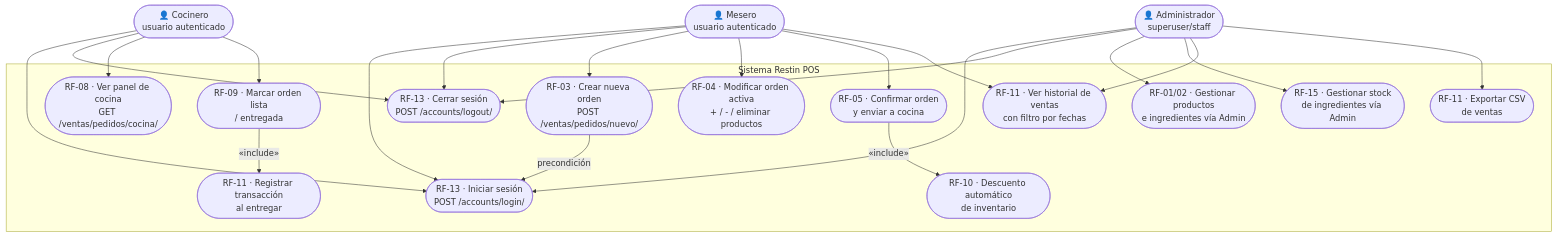
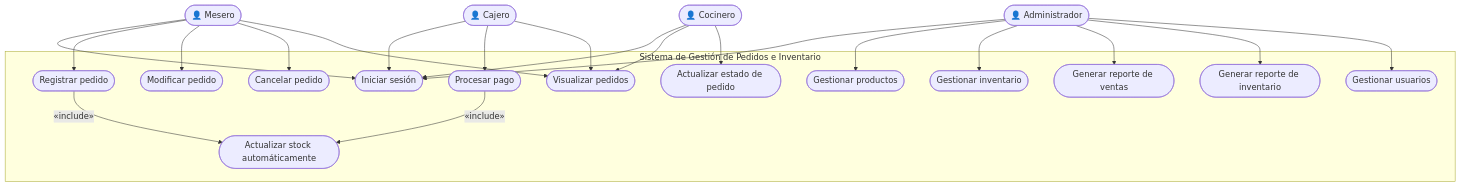
One commit to acmazoh/Gestion_pedidos_inventario changed the diagram in docs/diagramas/diagrama_casos_uso.md. Above: the diagram before and after it, drawn with Mermaid. The commit also changed other lines of this file and 80 other files, not shown here.

````diff
--- a/docs/diagramas/diagrama_casos_uso.md
+++ b/docs/diagramas/diagrama_casos_uso.md
@@ -21,45 +16,47 @@
 ```mermaid
 flowchart TD
-    Admin([👤 Administrador\nsuperuser/staff])
-    Mesero([👤 Mesero\nusuario autenticado])
-    Cocinero([👤 Cocinero\nusuario autenticado])
+    Admin([👤 Administrador])
+    Mesero([👤 Mesero])
+    Cajero([👤 Cajero])
+    Cocinero([👤 Cocinero])
 
-    subgraph Sistema["Sistema Restin POS"]
-        UC1([RF-13 · Iniciar sesión\nPOST /accounts/login/])
-        UC2([RF-13 · Cerrar sesión\nPOST /accounts/logout/])
-        UC3([RF-03 · Crear nueva orden\nPOST /ventas/pedidos/nuevo/])
-        UC4([RF-04 · Modificar orden activa\n+ / - / eliminar productos])
-        UC5([RF-05 · Confirmar orden\ny enviar a cocina])
-        UC6([RF-08 · Ver panel de cocina\nGET /ventas/pedidos/cocina/])
-        UC7([RF-09 · Marcar orden lista\n/ entregada])
-        UC8([RF-10 · Descuento automático\nde inventario])
-        UC9([RF-11 · Registrar transacción\nal entregar])
-        UC10([RF-11 · Ver historial de ventas\ncon filtro por fechas])
-        UC11([RF-11 · Exportar CSV\nde ventas])
-        UC12([RF-01/02 · Gestionar productos\ne ingredientes vía Admin])
-        UC13([RF-15 · Gestionar stock\nde ingredientes vía Admin])
+    subgraph Sistema de Gestión de Pedidos e Inventario
+        UC1([Iniciar sesión])
+        UC2([Gestionar productos])
+        UC3([Gestionar inventario])
+        UC4([Registrar pedido])
+        UC5([Modificar pedido])
+        UC6([Cancelar pedido])
+        UC7([Visualizar pedidos])
+        UC8([Actualizar estado de pedido])
+        UC9([Procesar pago])
+        UC10([Generar reporte de ventas])
+        UC11([Generar reporte de inventario])
+        UC12([Gestionar usuarios])
+        UC13([Actualizar stock automáticamente])
     end
-
-    Mesero --> UC1
-    Mesero --> UC2
-    Mesero --> UC3
-    Mesero --> UC4
-    Mesero --> UC5
-    Mesero --> UC10
-
-    Cocinero --> UC1
-    Cocinero --> UC2
-    Cocinero --> UC6
-    Cocinero --> UC7
 
     Admin --> UC1
     Admin --> UC2
-    Admin --> UC12
-    Admin --> UC13
+    Admin --> UC3
     Admin --> UC10
     Admin --> UC11
+    Admin --> UC12
 
-    UC3 -->|precondición| UC1
-    UC5 -->|«include»| UC8
-    UC7 -->|«include»| UC9
+    Mesero --> UC1
+    Mesero --> UC4
+    Mesero --> UC5
+    Mesero --> UC6
+    Mesero --> UC7
+
+    Cajero --> UC1
+    Cajero --> UC9
+    Cajero --> UC7
+
+    Cocinero --> UC1
+    Cocinero --> UC7
+    Cocinero --> UC8
+
+    UC4 -->|«include»| UC13
+    UC9 -->|«include»| UC13
 ```
````
